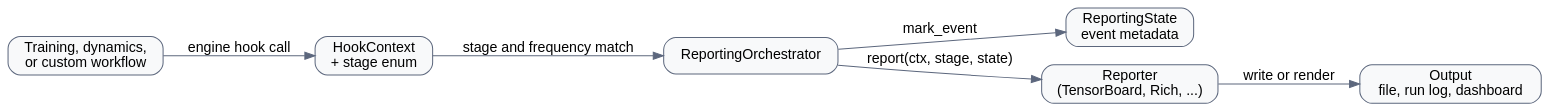
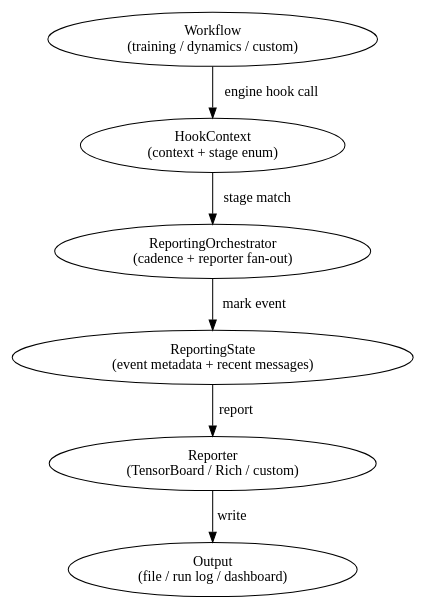
One commit to NVIDIA/nvalchemi-toolkit changed the first of 2 diagrams in docs/userguide/reporting.md. Above: the diagram before and after it, drawn with Graphviz. The commit also changed other lines of this file and 140 other files, not shown here.

````diff
--- a/docs/userguide/reporting.md
+++ b/docs/userguide/reporting.md
@@ -66,26 +66,21 @@
 ```{graphviz}
-digraph reporting_orchestrator {
-  graph [rankdir=LR, bgcolor="transparent"];
-  node [
-    shape=box,
-    style="rounded,filled",
-    fillcolor="#F8F9FA",
-    color="#5C677D",
-    fontname="Helvetica"
-  ];
-  edge [color="#5C677D", fontname="Helvetica"];
+:caption: Reporting orchestrator flow, from workflow to output.
+:alt: Reporting orchestrator flow
 
-  workflow [label="Training, dynamics,\nor custom workflow"];
-  context [label="HookContext\n+ stage enum"];
-  orchestrator [label="ReportingOrchestrator"];
-  state [label="ReportingState\nevent metadata"];
-  reporter [label="Reporter\n(TensorBoard, Rich, ...)"];
-  output [label="Output\nfile, run log, dashboard"];
+digraph reporting_flow {
+    rankdir=TB
 
-  workflow -> context [label="engine hook call"];
-  context -> orchestrator [label="stage and frequency match"];
-  orchestrator -> state [label="mark_event"];
-  orchestrator -> reporter [label="report(ctx, stage, state)"];
-  reporter -> output [label="write or render"];
+    workflow     [label="Workflow\n(training / dynamics / custom)"]
+    context      [label="HookContext\n(context + stage enum)"]
+    orchestrator [label="ReportingOrchestrator\n(cadence + reporter fan-out)"]
+    state        [label="ReportingState\n(event metadata + recent messages)"]
+    reporter     [label="Reporter\n(TensorBoard / Rich / custom)"]
+    output       [label="Output\n(file / run log / dashboard)"]
+
+    workflow -> context     [label="engine hook call"]
+    context -> orchestrator [label="stage match"]
+    orchestrator -> state   [label="mark event"]
+    state -> reporter       [label="report"]
+    reporter -> output      [label="write"]
 }
 ```
````
